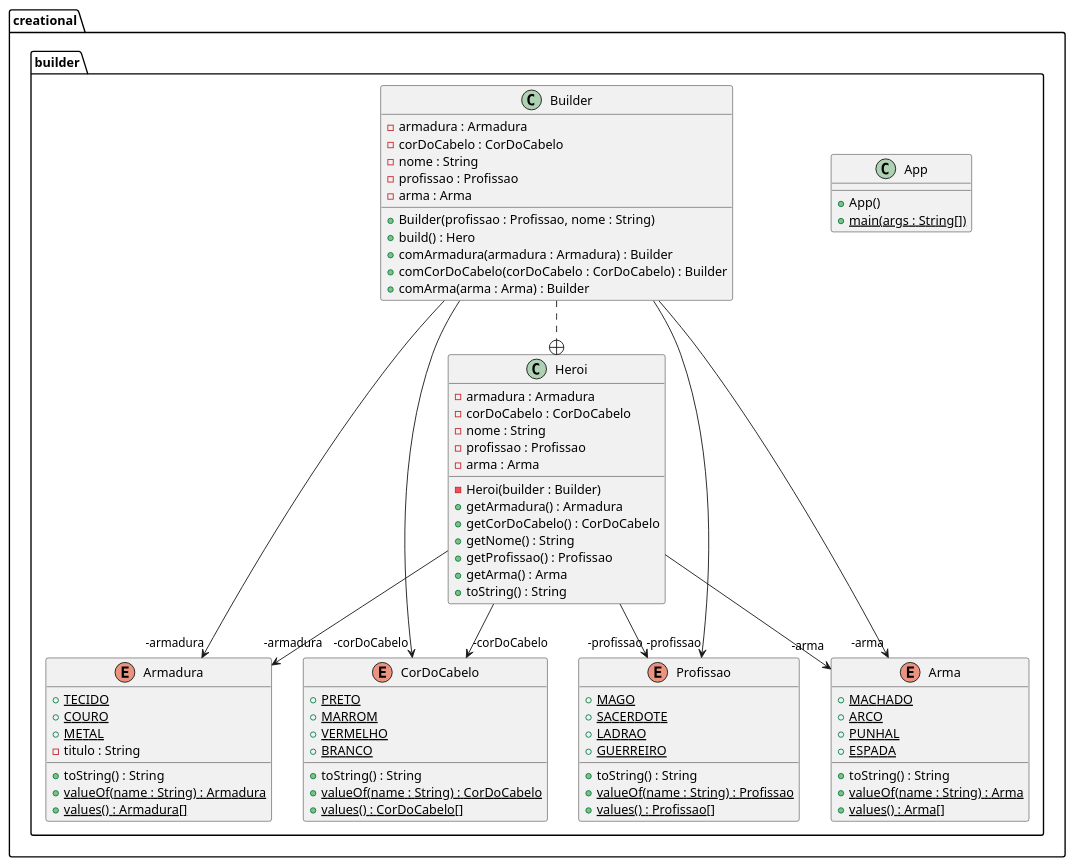
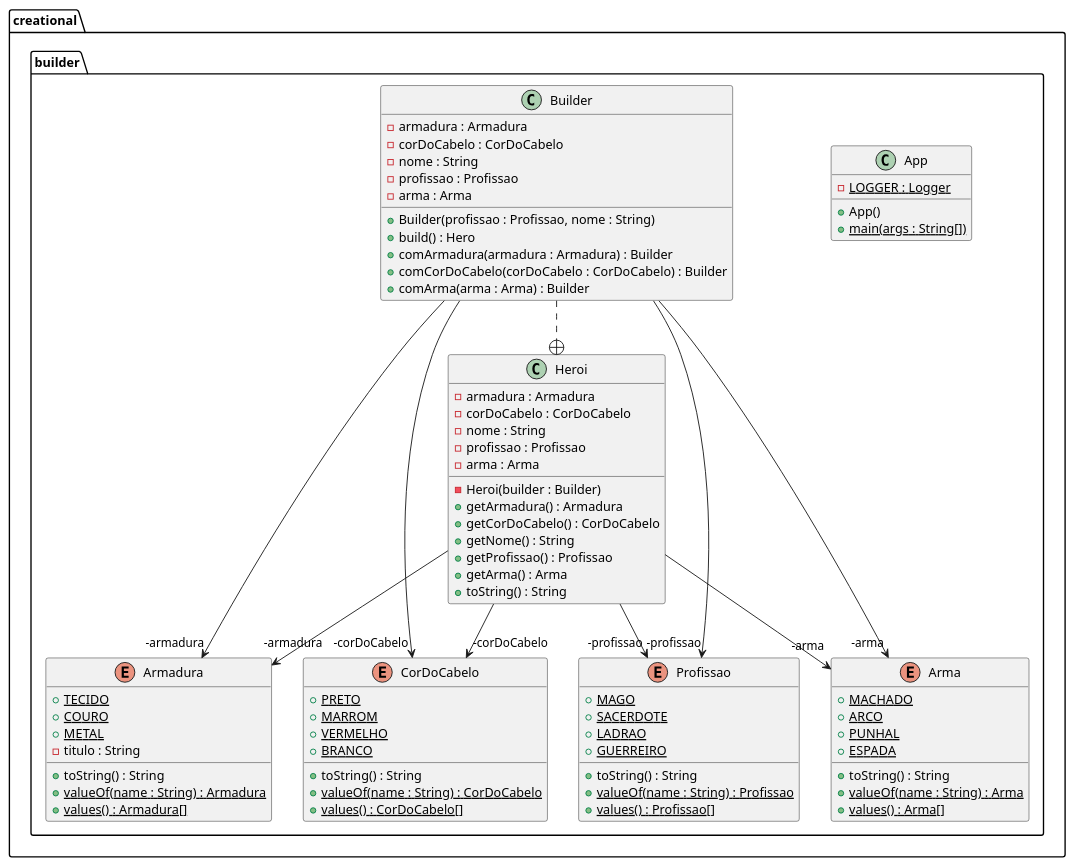
The diagram in src/creational/builder/diagramas/Builder.puml (jeanLuizInsight/design-patterns-java), drawn with PlantUML before and after one commit. The commit also changed 6 other files, not shown here.

```diff
--- a/src/creational/builder/diagramas/Builder.puml
+++ b/src/creational/builder/diagramas/Builder.puml
@@ -1,79 +1,80 @@
 @startuml
 package creational.builder {
   class App {
+    - LOGGER : Logger {static}
     + App()
     + main(args : String[]) {static}
   }
   enum Armadura {
     + TECIDO {static}
     + COURO {static}
     + METAL {static}
     - titulo : String
     + toString() : String
     + valueOf(name : String) : Armadura {static}
     + values() : Armadura[] {static}
   }
   enum CorDoCabelo {
     + PRETO {static}
     + MARROM {static}
     + VERMELHO {static}
     + BRANCO {static}
     + toString() : String
     + valueOf(name : String) : CorDoCabelo {static}
     + values() : CorDoCabelo[] {static}
   }
   enum Profissao {
     + MAGO {static}
     + SACERDOTE {static}
     + LADRAO {static}
     + GUERREIRO {static}
     + toString() : String
     + valueOf(name : String) : Profissao {static}
     + values() : Profissao[] {static}
   }
   enum Arma {
     + MACHADO {static}
     + ARCO {static}
     + PUNHAL {static}
     + ESPADA {static}
     + toString() : String
     + valueOf(name : String) : Arma {static}
     + values() : Arma[] {static}
   }
   class Heroi {
     - armadura : Armadura
     - corDoCabelo : CorDoCabelo
     - nome : String
     - profissao : Profissao
     - arma : Arma
     - Heroi(builder : Builder)
     + getArmadura() : Armadura
     + getCorDoCabelo() : CorDoCabelo
     + getNome() : String
     + getProfissao() : Profissao
     + getArma() : Arma
     + toString() : String
   }
   class Builder {
     - armadura : Armadura
     - corDoCabelo : CorDoCabelo
     - nome : String
     - profissao : Profissao
     - arma : Arma
     + Builder(profissao : Profissao, nome : String)
     + build() : Hero
     + comArmadura(armadura : Armadura) : Builder
     + comCorDoCabelo(corDoCabelo : CorDoCabelo) : Builder
     + comArma(arma : Arma) : Builder
   }
 }
 Heroi -->  "-profissao" Profissao
 Builder ..+ Heroi
 Heroi -->  "-armadura" Armadura
 Builder -->  "-corDoCabelo" CorDoCabelo
 Builder -->  "-arma" Arma
 Heroi -->  "-corDoCabelo" CorDoCabelo
 Builder -->  "-profissao" Profissao
 Heroi -->  "-arma" Arma
 Builder -->  "-armadura" Armadura
 @enduml
```
